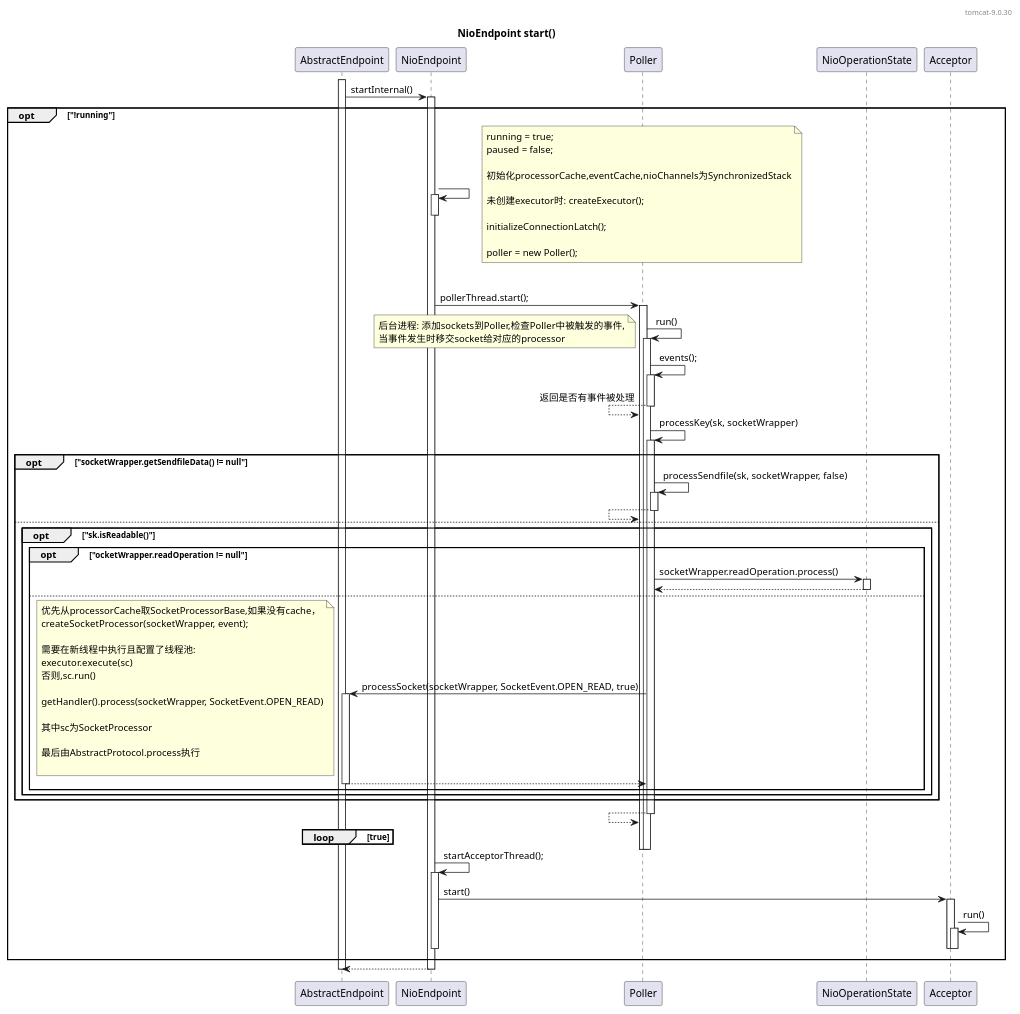
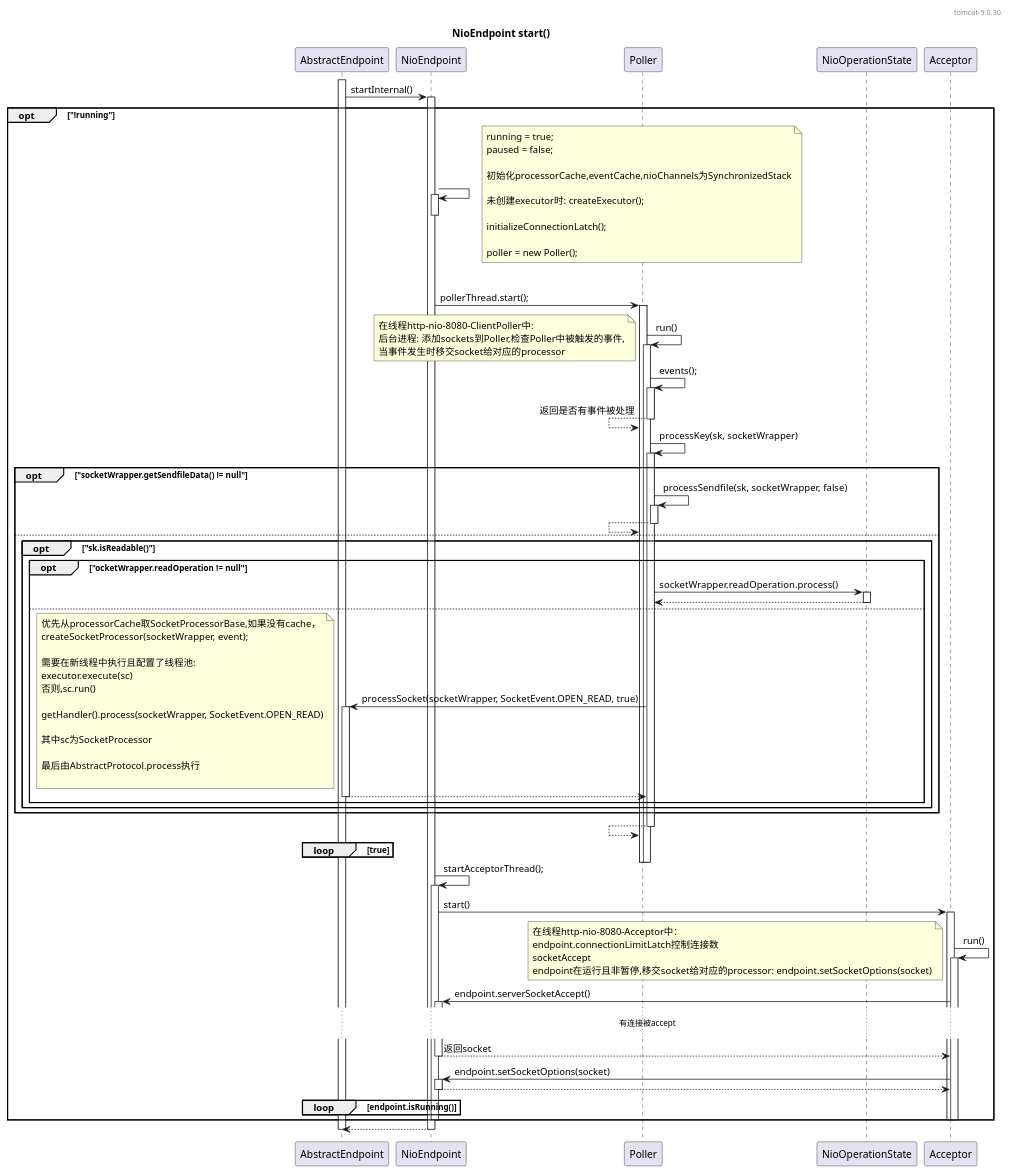
One commit to zhhongCai/tomcat changed the diagram in NioEndpoint_start.puml. Above: the diagram before and after it, drawn with PlantUML. The commit also changed 2 other files, not shown here.

Commit message:
流程图

```diff
--- a/NioEndpoint_start.puml
+++ b/NioEndpoint_start.puml
@@ -1,87 +1,99 @@
 @startuml
 
 header tomcat-9.0.30
 
 title NioEndpoint start()
 
 activate AbstractEndpoint
 AbstractEndpoint -> NioEndpoint++: startInternal()
 opt "!running"
     NioEndpoint -> NioEndpoint++
         note right
             running = true;
             paused = false;
 
             初始化processorCache,eventCache,nioChannels为SynchronizedStack
 
             未创建executor时: createExecutor();
 
             initializeConnectionLatch();
 
             poller = new Poller();
         end note
     deactivate NioEndpoint
 
     NioEndpoint -> Poller++: pollerThread.start();
         Poller -> Poller++: run()
             note left
+                在线程http-nio-8080-ClientPoller中:
                 后台进程: 添加sockets到Poller,检查Poller中被触发的事件,
                 当事件发生时移交socket给对应的processor
             end note
 
             Poller -> Poller++: events();
             Poller <-- Poller--: 返回是否有事件被处理
 
             Poller -> Poller++: processKey(sk, socketWrapper)
                 opt "socketWrapper.getSendfileData() != null"
                     Poller -> Poller++:  processSendfile(sk, socketWrapper, false)
                     Poller <-- Poller--:
                 else
                     opt "sk.isReadable()"
                         opt "ocketWrapper.readOperation != null"
                             Poller -> NioOperationState++: socketWrapper.readOperation.process()
                             Poller <-- NioOperationState--:
                         else
                             Poller -> AbstractEndpoint++:  processSocket(socketWrapper, SocketEvent.OPEN_READ, true)
                                 note left
                                 优先从processorCache取SocketProcessorBase,如果没有cache，
                                 createSocketProcessor(socketWrapper, event);
 
                                 需要在新线程中执行且配置了线程池:
                                 executor.execute(sc)
                                 否则,sc.run()
 
                                 getHandler().process(socketWrapper, SocketEvent.OPEN_READ)
 
                                 其中sc为SocketProcessor
 
                                 最后由AbstractProtocol.process执行
 
                                 end note
                             Poller <-- AbstractEndpoint--:
                         end opt
                     end opt
 
                 end opt
             Poller <-- Poller--
 
             loop true
 
             end loop
         deactivate Poller
     deactivate Poller
 
     NioEndpoint -> NioEndpoint++: startAcceptorThread();
         NioEndpoint -> Acceptor++: start()
             Acceptor -> Acceptor++: run()
+                note left
+                在线程http-nio-8080-Acceptor中：
+                endpoint.connectionLimitLatch控制连接数
+                socketAccept
+                endpoint在运行且非暂停,移交socket给对应的processor: endpoint.setSocketOptions(socket)
+                end note
+                Acceptor -> NioEndpoint++: endpoint.serverSocketAccept()
+                ... 有连接被accept...
+                Acceptor <-- NioEndpoint--: 返回socket
 
-
-
+                Acceptor -> NioEndpoint++: endpoint.setSocketOptions(socket)
+                Acceptor <-- NioEndpoint--:
+            loop endpoint.isRunning()
+            end loop
             deactivate Acceptor
         deactivate Acceptor
     deactivate NioEndpoint
 end
 AbstractEndpoint <-- NioEndpoint--
 deactivate AbstractEndpoint
 
 @enduml
```
